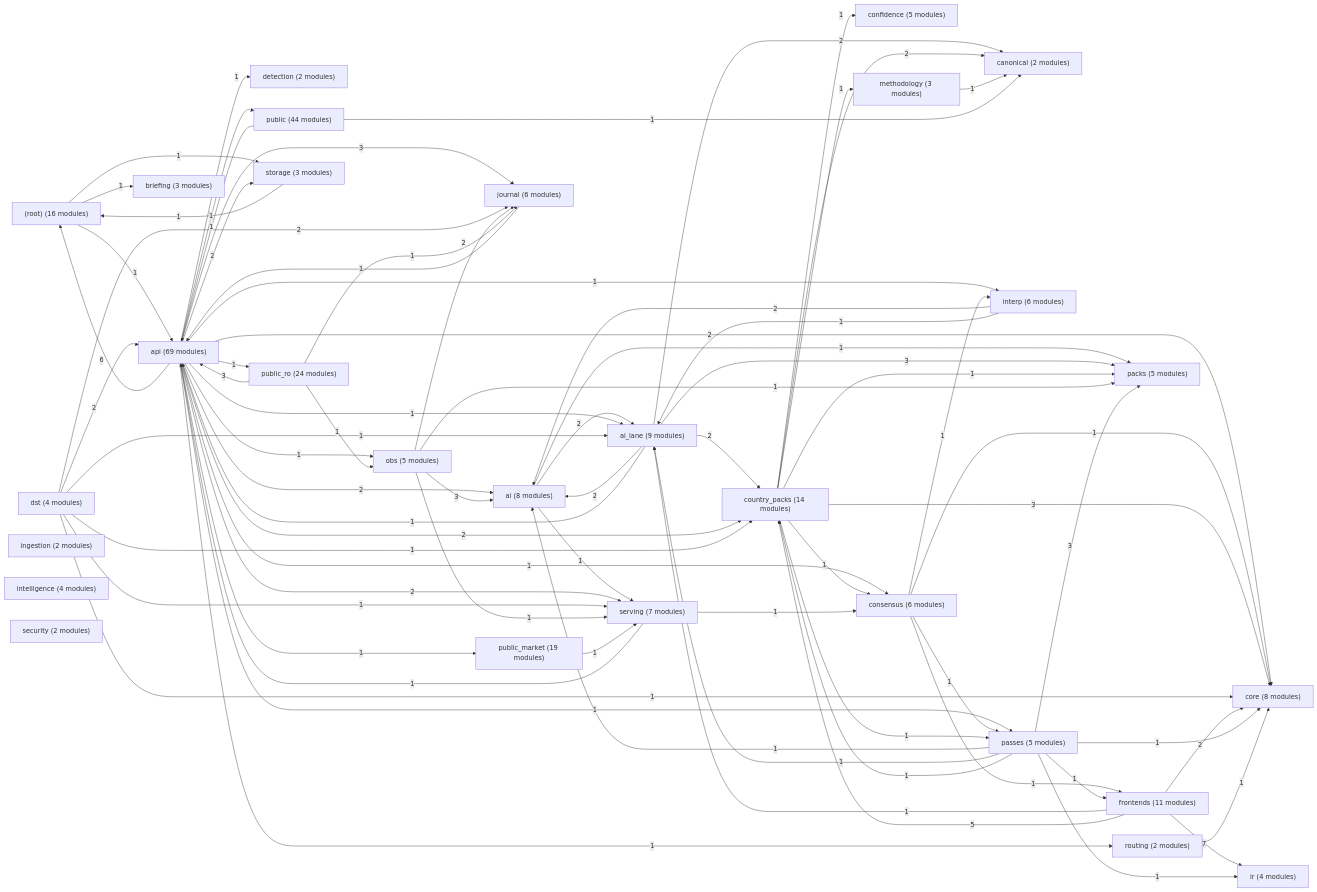
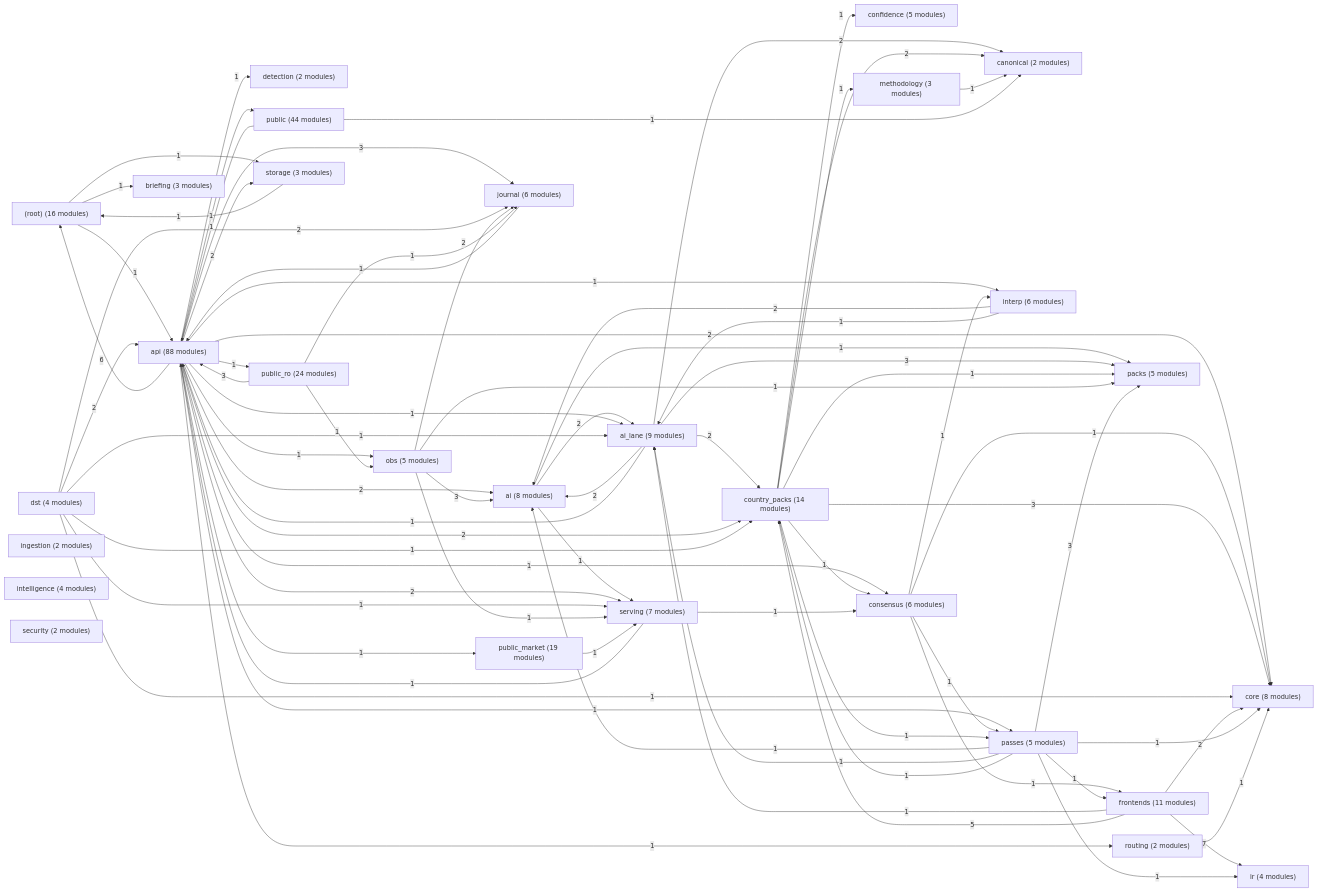
One commit to AlexDC100/cfo-ai.io changed the second of 3 diagrams in docs/engine_book/architecture.md. Above: the diagram before and after it, drawn with Mermaid. The commit also changed 26 other files, not shown here.

```diff
--- a/docs/engine_book/architecture.md
+++ b/docs/engine_book/architecture.md
@@ -36,7 +36,7 @@
     pkg__root_["(root) (16 modules)"]
     pkg_ai["ai (8 modules)"]
     pkg_ai_lane["ai_lane (9 modules)"]
-    pkg_api["api (69 modules)"]
+    pkg_api["api (88 modules)"]
     pkg_briefing["briefing (3 modules)"]
     pkg_canonical["canonical (2 modules)"]
     pkg_confidence["confidence (5 modules)"]
```
